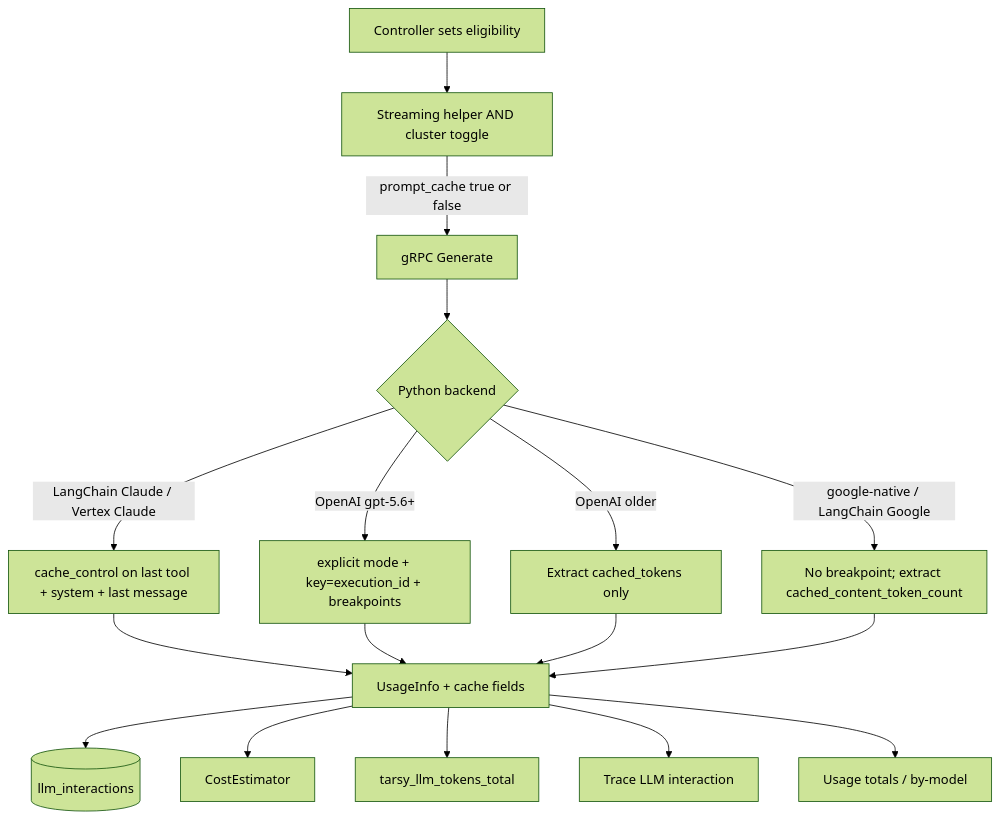
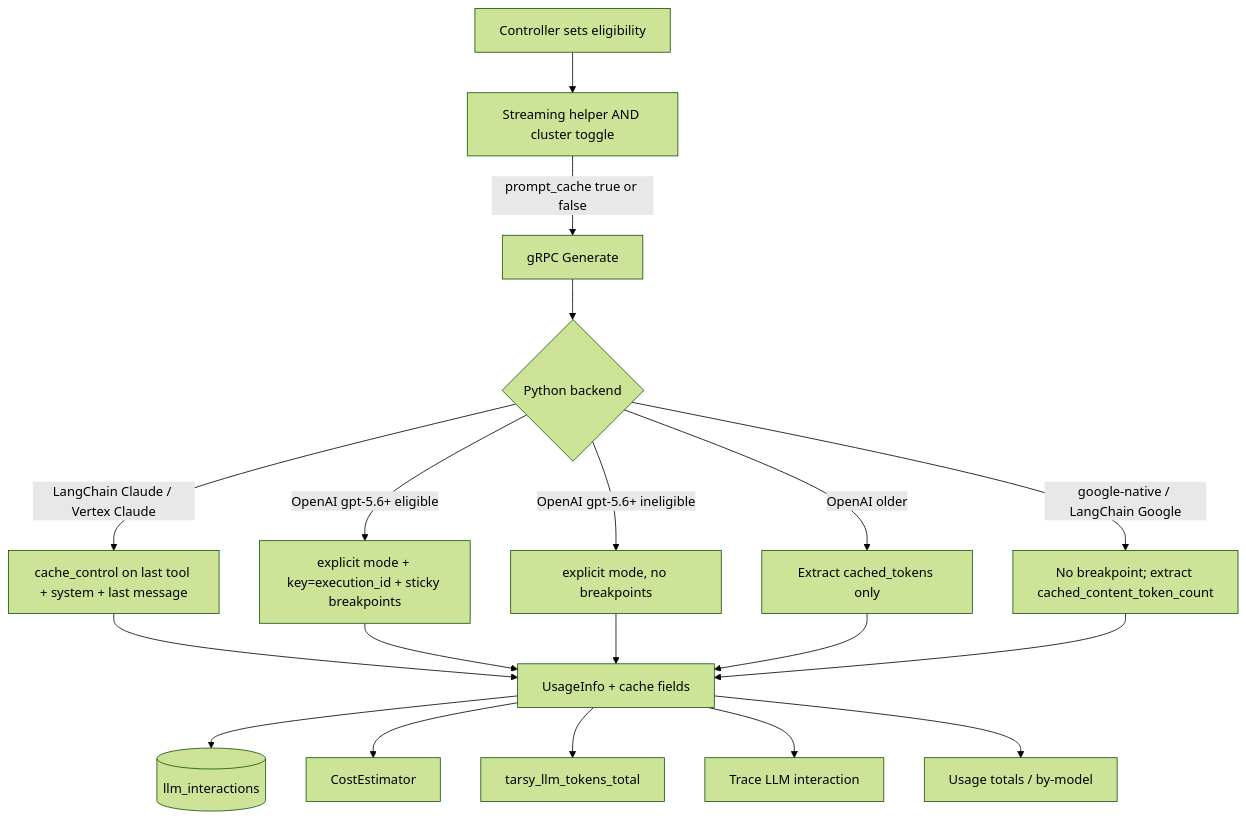
Before and after one commit to codeready-toolchain/tarsy: the diagram in docs/adr/0026-prompt-caching.md, drawn with Mermaid (forest theme). The commit also changed other lines of this file and 19 other files, not shown here.

````diff
--- a/docs/adr/0026-prompt-caching.md
+++ b/docs/adr/0026-prompt-caching.md
@@ -85,21 +85,23 @@
 ```mermaid
 flowchart TD
   ctrl[Controller sets eligibility]
   toggle[Streaming helper AND cluster toggle]
   ctrl --> toggle
   toggle -->|prompt_cache true or false| grpc[gRPC Generate]
   grpc --> py{Python backend}
   py -->|LangChain Claude / Vertex Claude| claude[cache_control on last tool + system + last message]
-  py -->|OpenAI gpt-5.6+| oai[explicit mode + key=execution_id + breakpoints]
+  py -->|OpenAI gpt-5.6+ eligible| oai[explicit mode + key=execution_id + sticky breakpoints]
+  py -->|OpenAI gpt-5.6+ ineligible| oaiOff[explicit mode, no breakpoints]
   py -->|OpenAI older| oaiOld[Extract cached_tokens only]
   py -->|google-native / LangChain Google| gemini[No breakpoint; extract cached_content_token_count]
   claude --> usage[UsageInfo + cache fields]
   oai --> usage
+  oaiOff --> usage
   oaiOld --> usage
   gemini --> usage
   usage --> db[(llm_interactions)]
   usage --> cost[CostEstimator]
   usage --> metrics[tarsy_llm_tokens_total]
   usage --> trace[Trace LLM interaction]
   usage --> usagePage[Usage totals / by-model]
 ```
````
